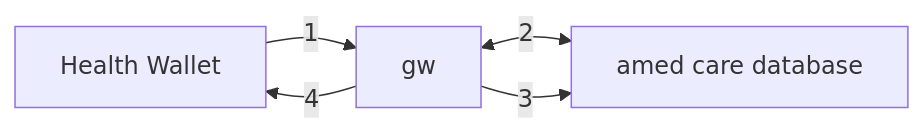
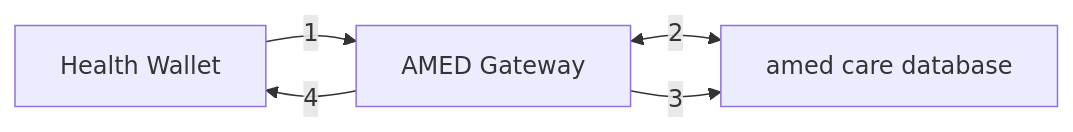
Before and after one commit to lionants02/public: the fourth of 6 diagrams in ktb-amed/README.md, drawn with Mermaid.

Commit message:
ปรับคำผิดใน flow

````diff
--- a/ktb-amed/README.md
+++ b/ktb-amed/README.md
@@ -86,10 +86,11 @@
         ```mermaid
         flowchart LR
             hw["Health Wallet"]
             amed["amed care database"]
+            gw["AMED Gateway"]
 
             hw -->|"1"| gw
             gw <-->|"2"| amed
             gw -->|"3"| amed
             gw -->|"4"| hw
         ```
````
